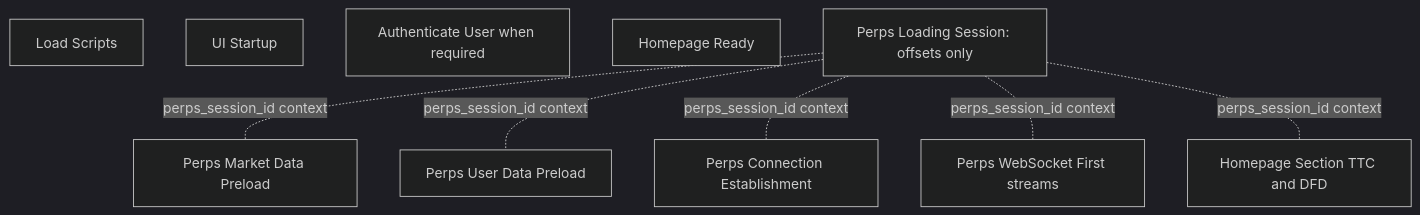
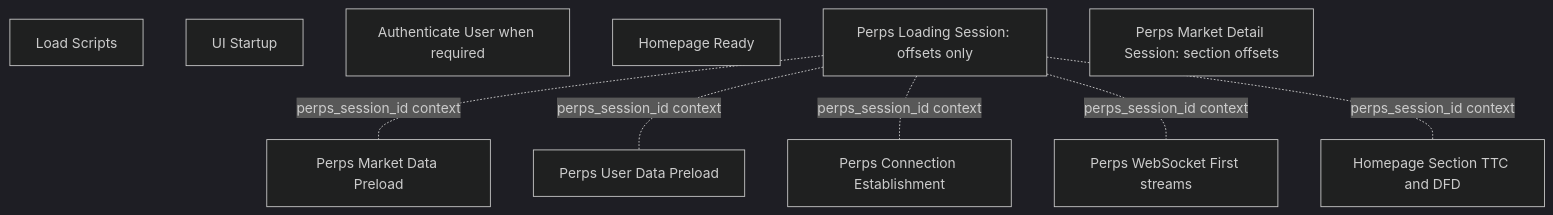
One commit to MetaMask/metamask-mobile changed the diagram in docs/perps/performance/SENTRY.md. Above: the diagram before and after it, drawn with Mermaid (dark theme). The commit also changed other lines of this file and 31 other files, not shown here.

Commit message:
perf(perps): measure market detail section readiness

````diff
--- a/docs/perps/performance/SENTRY.md
+++ b/docs/perps/performance/SENTRY.md
@@ -11,18 +11,19 @@
 ```mermaid
 flowchart TD
   LS[Load Scripts]
   UI[UI Startup]
   AUTH[Authenticate User when required]
   HOME[Homepage Ready]
   SESSION[Perps Loading Session: offsets only]
   MARKET[Perps Market Data Preload]
   USER[Perps User Data Preload]
   CONN[Perps Connection Establishment]
   LIVE[Perps WebSocket First streams]
   SECTION[Homepage Section TTC and DFD]
+  DETAIL[Perps Market Detail Session: section offsets]
   SESSION -. perps_session_id context .- MARKET
   SESSION -. perps_session_id context .- USER
   SESSION -. perps_session_id context .- CONN
   SESSION -. perps_session_id context .- LIVE
   SESSION -. perps_session_id context .- SECTION
 ```
````
